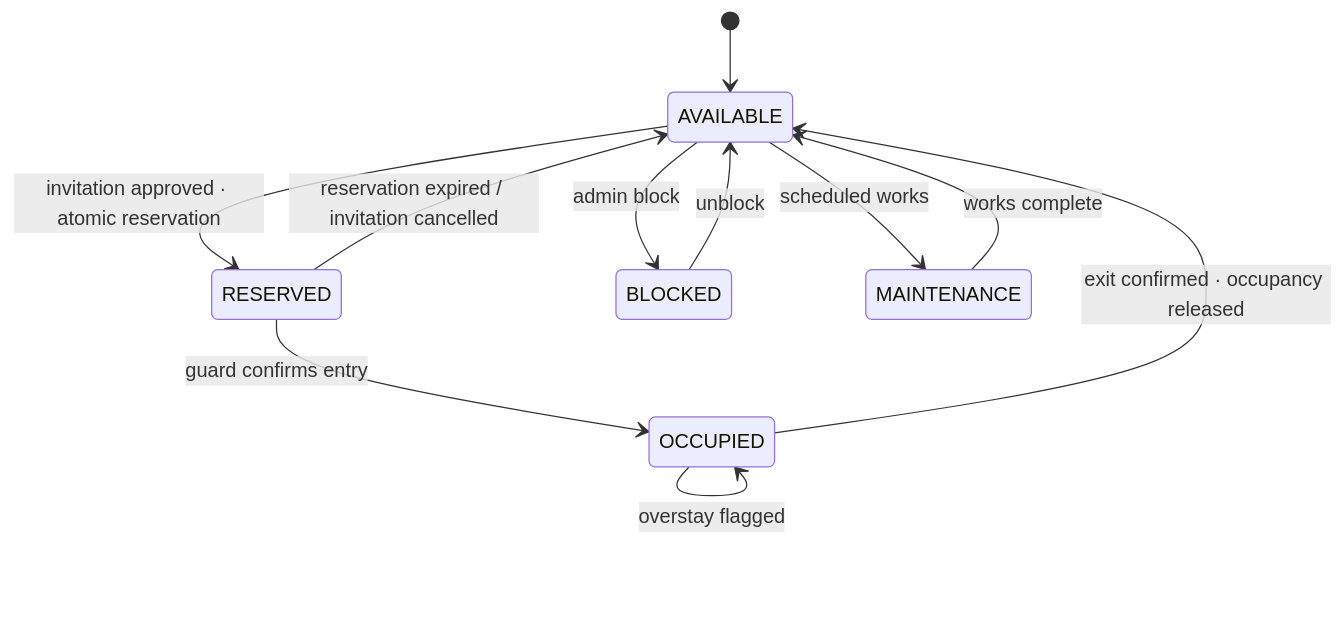
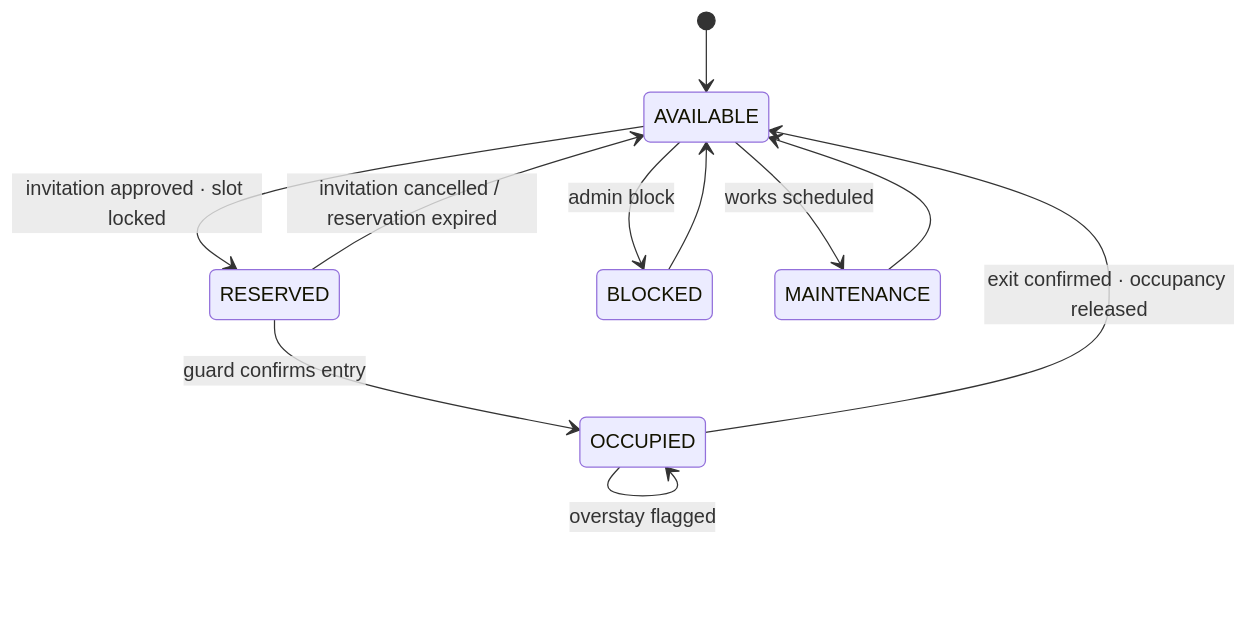
One commit to officialarghya29/ParkVanta changed the second of 2 diagrams in README.md. Above: the diagram before and after it, drawn with Mermaid. The commit also changed other lines of this file, not shown here.

````diff
--- a/README.md
+++ b/README.md
@@ -163,13 +118,13 @@
 ```mermaid
 stateDiagram-v2
     [*] --> AVAILABLE
-    AVAILABLE --> RESERVED: invitation approved · atomic reservation
+    AVAILABLE --> RESERVED: invitation approved · slot locked
     RESERVED --> OCCUPIED: guard confirms entry
-    RESERVED --> AVAILABLE: reservation expired / invitation cancelled
+    RESERVED --> AVAILABLE: invitation cancelled / reservation expired
     OCCUPIED --> AVAILABLE: exit confirmed · occupancy released
     OCCUPIED --> OCCUPIED: overstay flagged
     AVAILABLE --> BLOCKED: admin block
-    BLOCKED --> AVAILABLE: unblock
-    AVAILABLE --> MAINTENANCE: scheduled works
-    MAINTENANCE --> AVAILABLE: works complete
+    AVAILABLE --> MAINTENANCE: works scheduled
+    BLOCKED --> AVAILABLE
+    MAINTENANCE --> AVAILABLE
 ```
````
